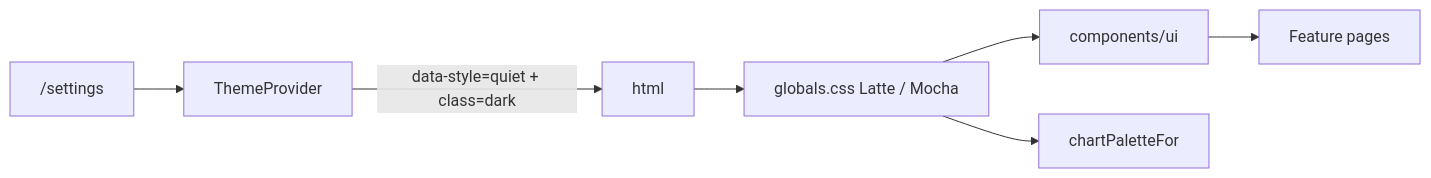
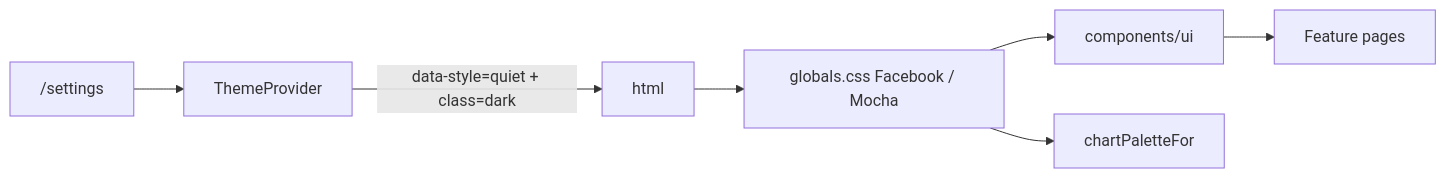
The diagram in apps/docs/DESIGN_GUIDE.md (ezcafe/my-apps), drawn with Mermaid before and after one commit. The commit also changed other lines of this file and 67 other files, not shown here.

````diff
--- a/apps/docs/DESIGN_GUIDE.md
+++ b/apps/docs/DESIGN_GUIDE.md
@@ -45,9 +58,9 @@
 ```mermaid
 flowchart LR
   Settings["/settings"] --> ThemeProvider
   ThemeProvider -- "data-style=quiet + class=dark" --> HtmlRoot["html"]
-  HtmlRoot --> Tokens["globals.css Latte / Mocha"]
+  HtmlRoot --> Tokens["globals.css Facebook / Mocha"]
   Tokens --> Primitives["components/ui"]
   Tokens --> Charts["chartPaletteFor"]
   Primitives --> Surfaces["Feature pages"]
 ```
````
